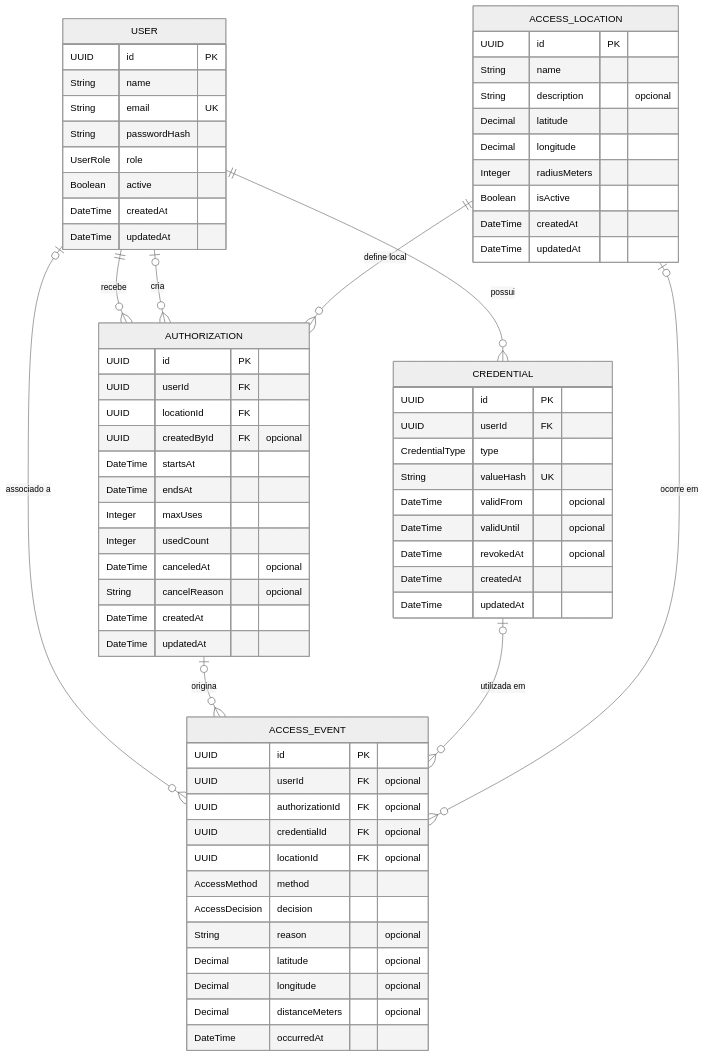
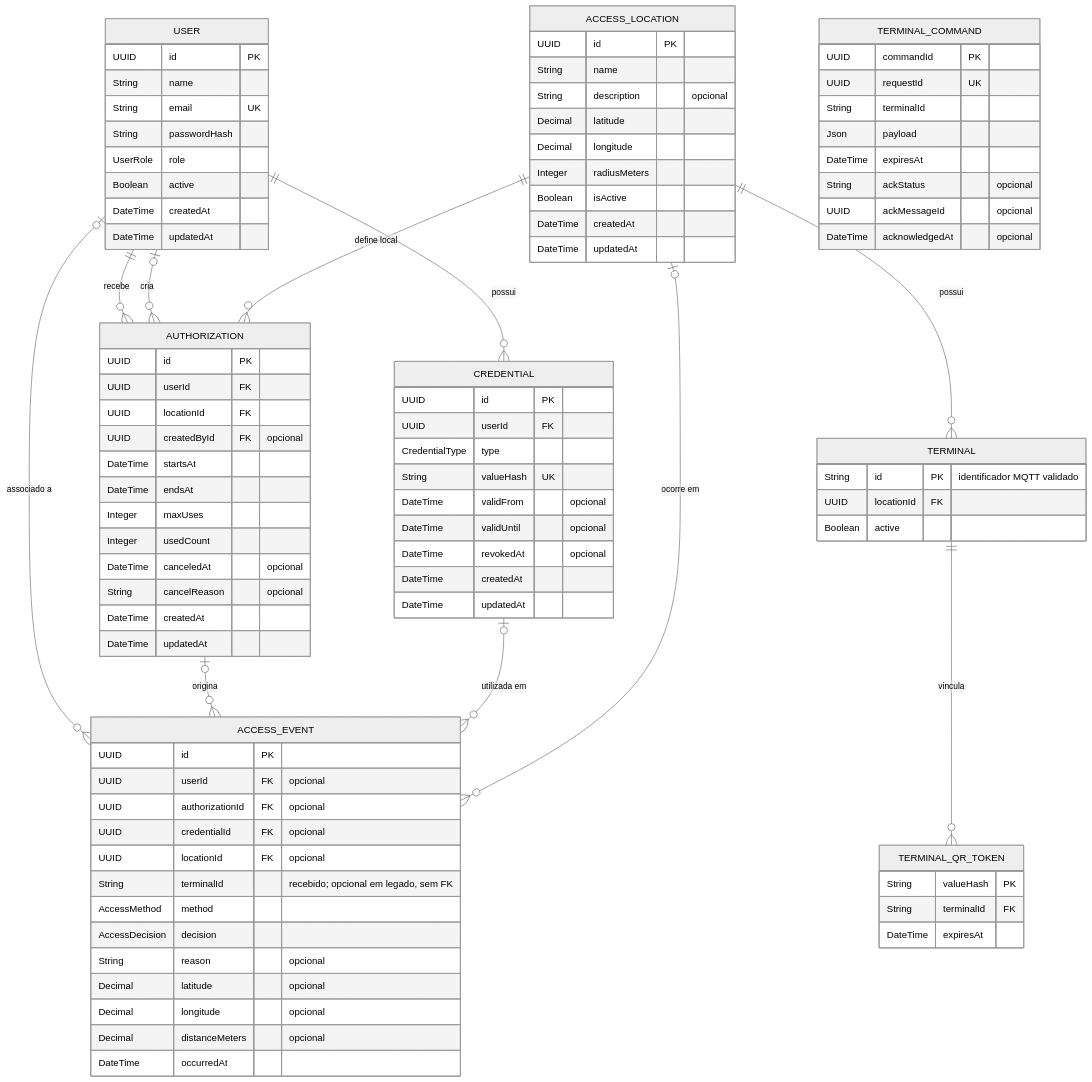
One commit to ErrorSquad-ABP/ABP4-Sistema-Controle-Acesso changed the diagram in docs/architecture/modelo-dados.md. Above: the diagram before and after it, drawn with Mermaid (neutral theme). The commit also changed other lines of this file and 7 other files, not shown here.

````diff
--- a/docs/architecture/modelo-dados.md
+++ b/docs/architecture/modelo-dados.md
@@ -62,6 +62,7 @@
         UUID authorizationId FK "opcional"
         UUID credentialId FK "opcional"
         UUID locationId FK "opcional"
+        String terminalId "recebido; opcional em legado, sem FK"
         AccessMethod method
         AccessDecision decision
         String reason "opcional"
@@ -79,4 +80,26 @@
     AUTHORIZATION o|--o{ ACCESS_EVENT : "origina"
     CREDENTIAL o|--o{ ACCESS_EVENT : "utilizada em"
     ACCESS_LOCATION o|--o{ ACCESS_EVENT : "ocorre em"
+    TERMINAL {
+        String id PK "identificador MQTT validado"
+        UUID locationId FK
+        Boolean active
+    }
+    TERMINAL_COMMAND {
+        UUID commandId PK
+        UUID requestId UK
+        String terminalId
+        Json payload
+        DateTime expiresAt
+        String ackStatus "opcional"
+        UUID ackMessageId "opcional"
+        DateTime acknowledgedAt "opcional"
+    }
+    TERMINAL_QR_TOKEN {
+        String valueHash PK
+        String terminalId FK
+        DateTime expiresAt
+    }
+    ACCESS_LOCATION ||--o{ TERMINAL : "possui"
+    TERMINAL ||--o{ TERMINAL_QR_TOKEN : "vincula"
 ```
````
